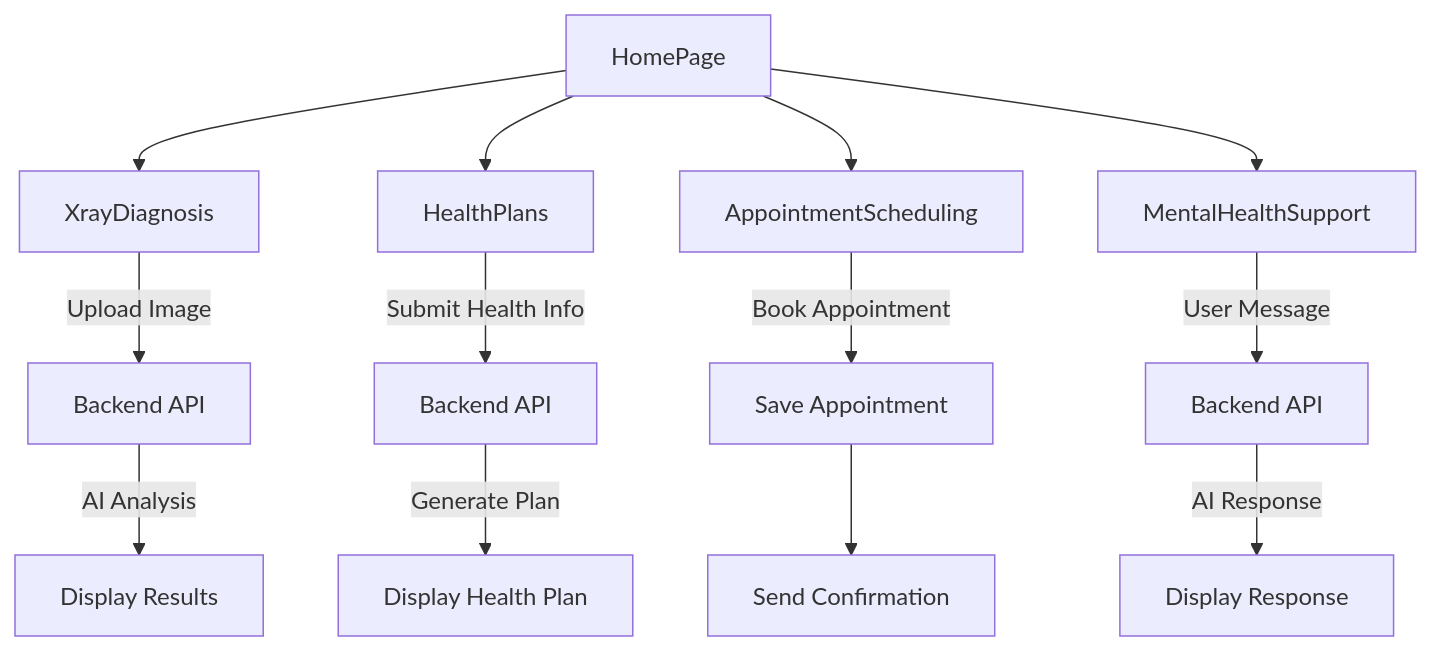
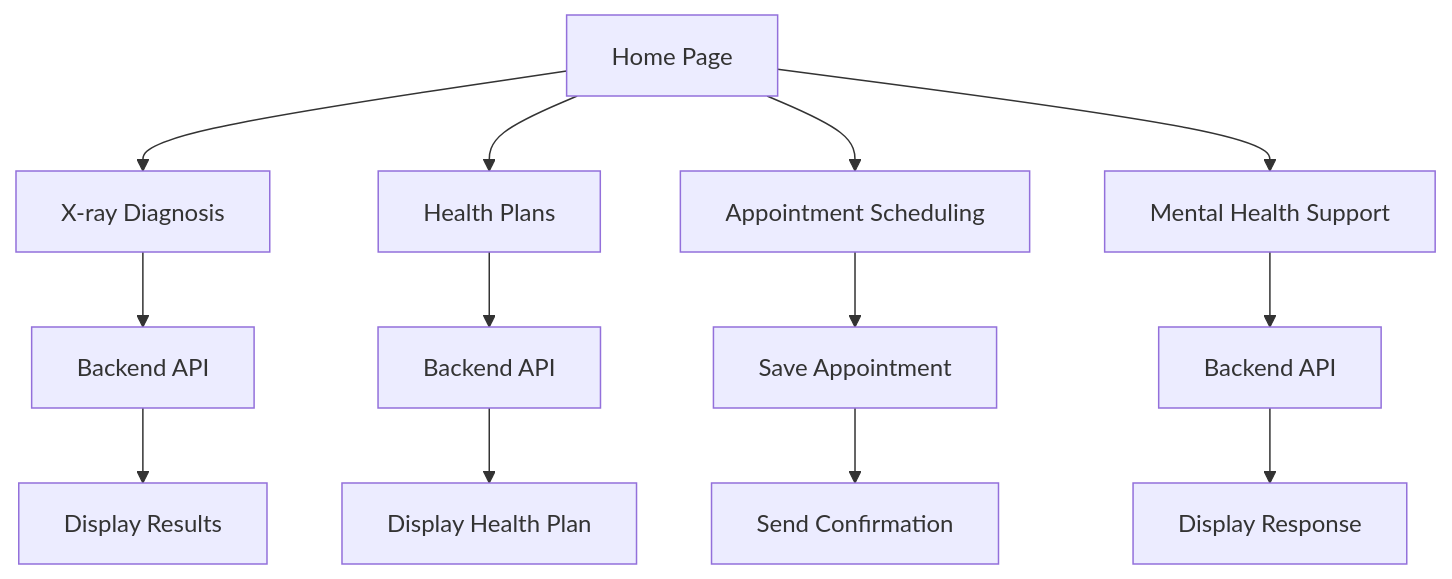
The second of 2 diagrams in README.md (DarkKnight765/mediRAG_), drawn with Mermaid before and after one commit. The commit also changed 3 other files, not shown here.

Commit message:
docs: simplify Component Flow mermaid and add local render artifacts

````diff
--- a/README.md
+++ b/README.md
@@ -160,19 +160,19 @@
 ```mermaid
 flowchart TB
-    A[HomePage] --> B[XrayDiagnosis]
-    A --> C[HealthPlans]
-    A --> D[AppointmentScheduling]
-    A --> E[MentalHealthSupport]
+   Home[Home Page] --> Xray[X-ray Diagnosis]
+   Home --> Health[Health Plans]
+   Home --> Appt[Appointment Scheduling]
+   Home --> Mental[Mental Health Support]
 
-    B -- "Upload Image" --> B1[Backend API]
-    B1 -- "AI Analysis" --> B2[Display Results]
+   Xray --> BackendX[Backend API]
+   BackendX --> Results[Display Results]
 
-    C -- "Submit Health Info" --> C1[Backend API]
-    C1 -- "Generate Plan" --> C2[Display Health Plan]
+   Health --> BackendH[Backend API]
+   BackendH --> Plan[Display Health Plan]
 
-    D -- "Book Appointment" --> D1[Save Appointment]
-    D1 --> D2[Send Confirmation]
+   Appt --> Save[Save Appointment]
+   Save --> Confirm[Send Confirmation]
 
-    E -- "User Message" --> E1[Backend API]
-    E1 -- "AI Response" --> E2[Display Response]
+   Mental --> BackendM[Backend API]
+   BackendM --> Reply[Display Response]
 ```
````
